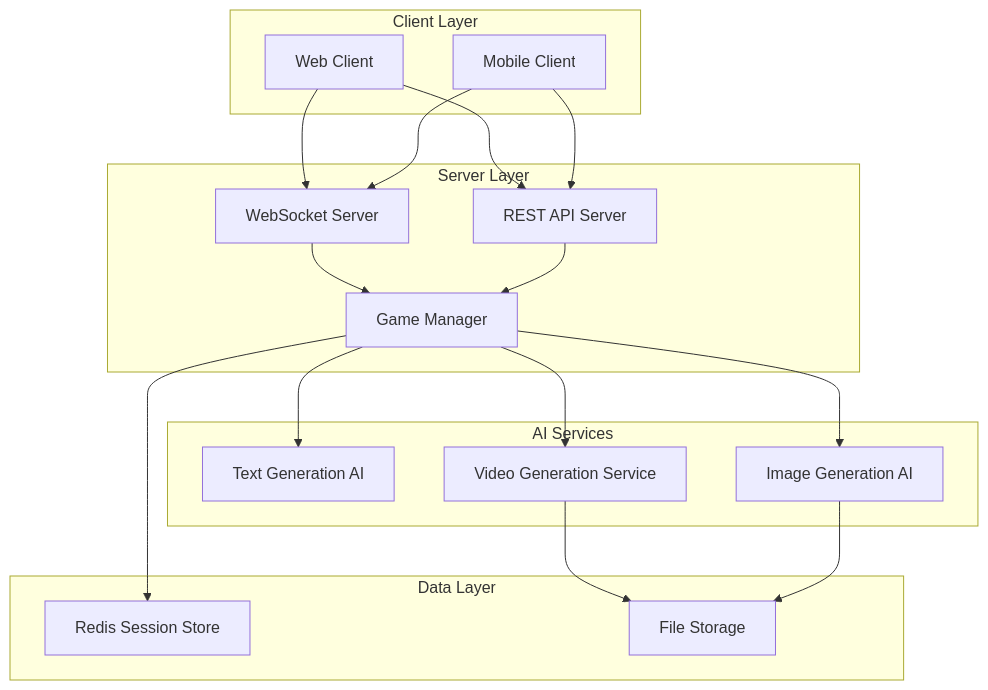
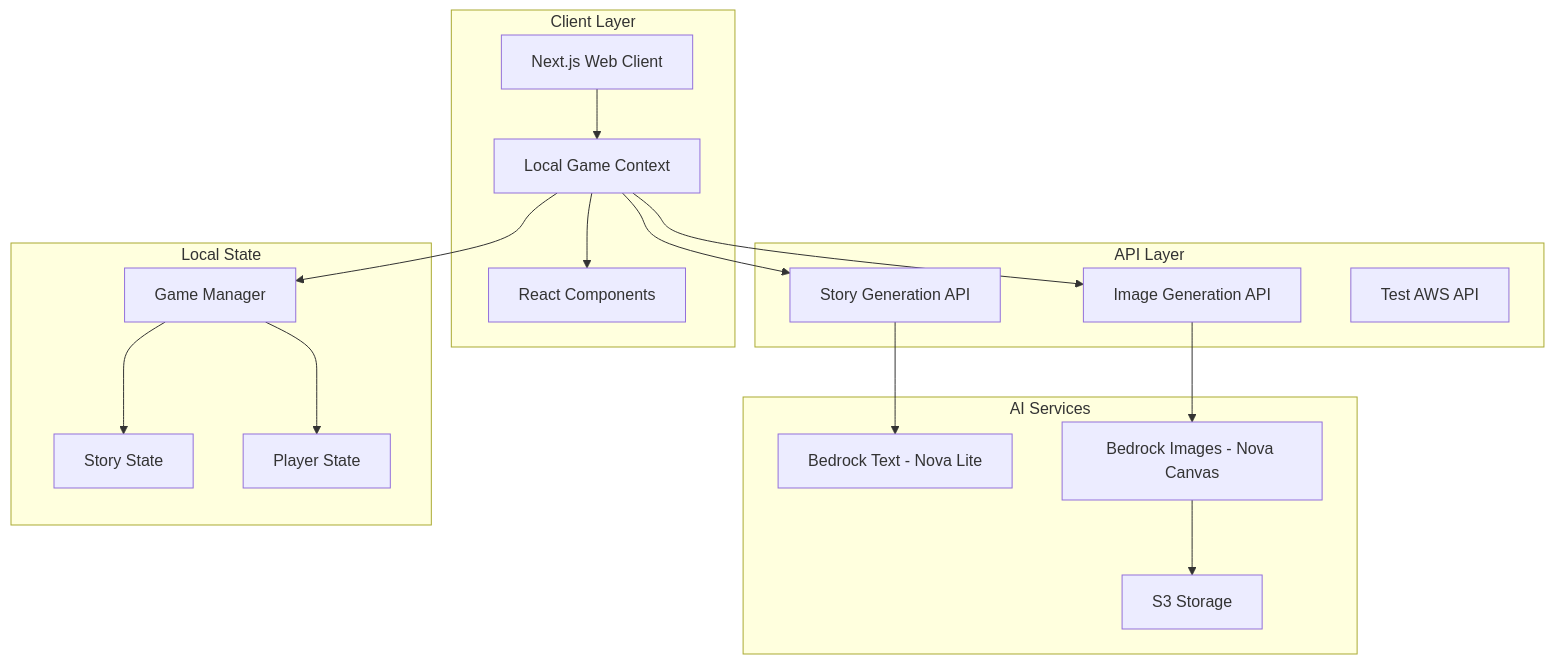
The diagram in .kiro/specs/ai-mad-libs-app/design.md (freshie/aws-mad-libs), drawn with Mermaid before and after one commit. The commit also changed other lines of this file, not shown here.

````diff
--- a/.kiro/specs/ai-mad-libs-app/design.md
+++ b/.kiro/specs/ai-mad-libs-app/design.md
@@ -13,40 +26,40 @@
 ```mermaid
 graph TB
     subgraph "Client Layer"
-        WC[Web Client]
-        MC[Mobile Client]
+        WC[Next.js Web Client]
+        LC[Local Game Context]
+        UI[React Components]
     end
     
-    subgraph "Server Layer"
-        WS[WebSocket Server]
-        API[REST API Server]
-        GM[Game Manager]
+    subgraph "API Layer"
+        SG[Story Generation API]
+        IG[Image Generation API]
+        TA[Test AWS API]
     end
     
     subgraph "AI Services"
-        TG[Text Generation AI]
-        IG[Image Generation AI]
-        VG[Video Generation Service]
+        BT[Bedrock Text - Nova Lite]
+        BI[Bedrock Images - Nova Canvas]
+        S3[S3 Storage]
     end
     
-    subgraph "Data Layer"
-        RS[Redis Session Store]
-        FS[File Storage]
+    subgraph "Local State"
+        GM[Game Manager]
+        SS[Story State]
+        PS[Player State]
     end
     
-    WC --> WS
-    MC --> WS
-    WC --> API
-    MC --> API
+    WC --> LC
+    LC --> UI
+    LC --> GM
     
-    WS --> GM
-    API --> GM
+    LC --> SG
+    LC --> IG
     
-    GM --> TG
-    GM --> IG
-    GM --> VG
+    SG --> BT
+    IG --> BI
+    BI --> S3
     
-    GM --> RS
-    VG --> FS
-    IG --> FS
+    GM --> SS
+    GM --> PS
 ```
````
